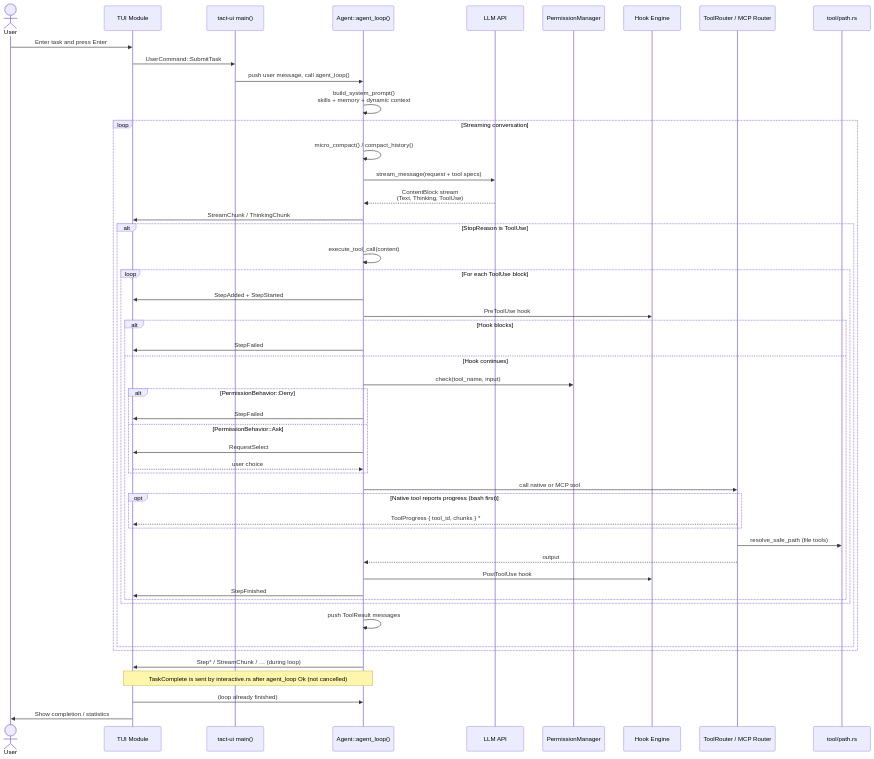
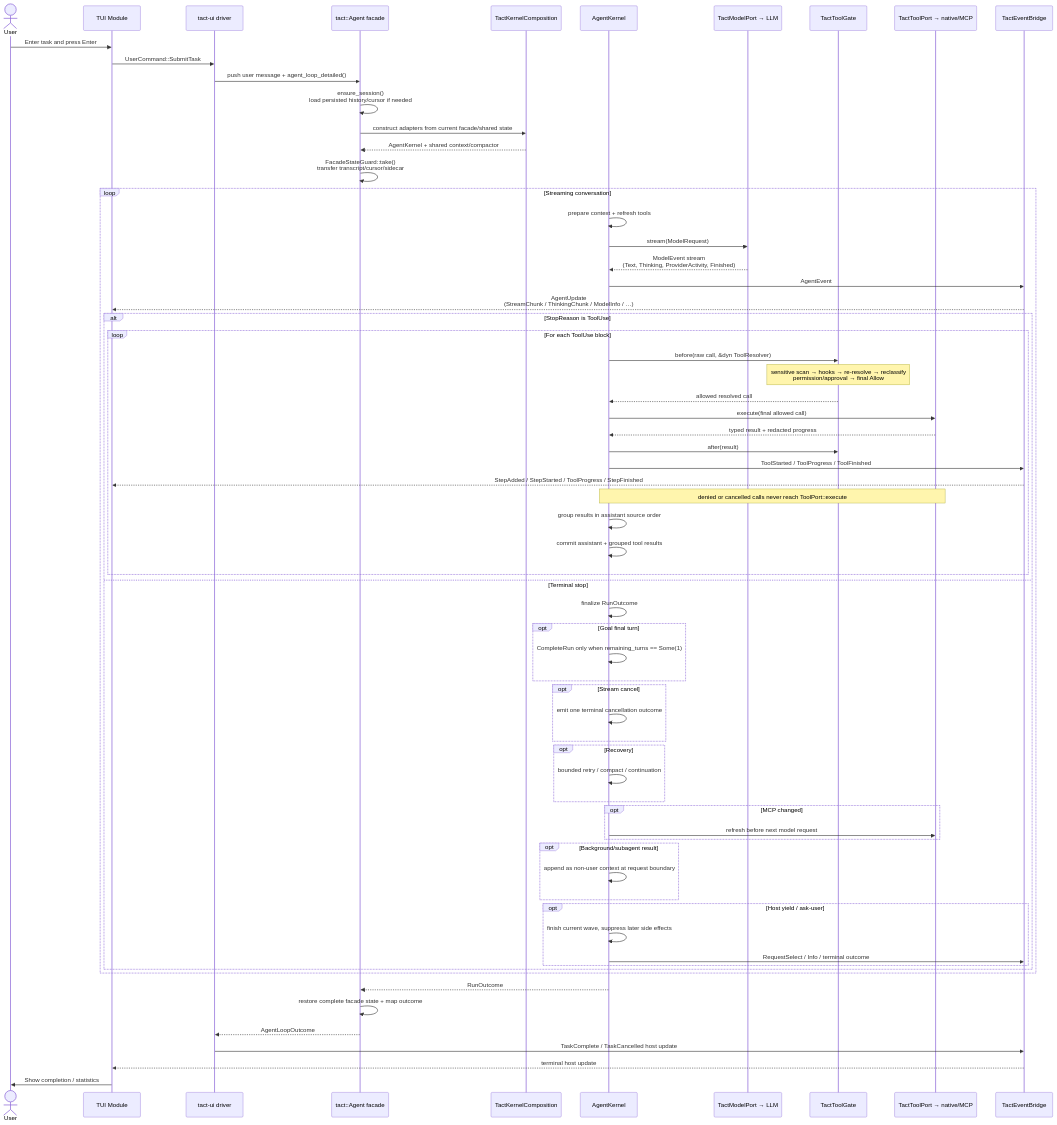
One commit to rust-infra/tact changed the third of 10 diagrams in ARCHITECTURE.md. Above: the diagram before and after it, drawn with Mermaid. The commit also changed other lines of this file and 104 other files, not shown here.

Commit message:
feat(agent): introduce a bounded agent kernel

````diff
--- a/ARCHITECTURE.md
+++ b/ARCHITECTURE.md
@@ -148,57 +203,73 @@
 ```mermaid
 sequenceDiagram
     actor U as User
     participant TUI as TUI Module
-    participant Main as tact-ui main()
-    participant Agent as Agent::agent_loop()
-    participant LLM as LLM API
-    participant Perm as PermissionManager
-    participant Hook as Hook Engine
-    participant TR as ToolRouter / MCP Router
-    participant PATH as tool/path.rs
+    participant Driver as tact-ui driver
+    participant Facade as tact::Agent facade
+    participant Compose as TactKernelComposition
+    participant Kernel as AgentKernel
+    participant Model as TactModelPort → LLM
+    participant Gate as TactToolGate
+    participant Tools as TactToolPort → native/MCP
+    participant Bridge as TactEventBridge
 
     U ->> TUI: Enter task and press Enter
-    TUI ->> Main: UserCommand::SubmitTask
-    Main ->> Agent: push user message, call agent_loop()
-    Agent ->> Agent: build_system_prompt()<br/>skills + memory + dynamic context
+    TUI ->> Driver: UserCommand::SubmitTask
+    Driver ->> Facade: push user message + agent_loop_detailed()
+    Facade ->> Facade: ensure_session()<br/>load persisted history/cursor if needed
+    Facade ->> Compose: construct adapters from current facade/shared state
+    Compose -->> Facade: AgentKernel + shared context/compactor
+    Facade ->> Facade: FacadeStateGuard::take()<br/>transfer transcript/cursor/sidecar
 
     loop Streaming conversation
-        Agent ->> Agent: micro_compact() / compact_history()
-        Agent ->> LLM: stream_message(request + tool specs)
-        LLM -->> Agent: ContentBlock stream<br/>(Text, Thinking, ToolUse)
-        Agent ->> TUI: StreamChunk / ThinkingChunk
+        Kernel ->> Kernel: prepare context + refresh tools
+        Kernel ->> Model: stream(ModelRequest)
+        Model -->> Kernel: ModelEvent stream<br/>(Text, Thinking, ProviderActivity, Finished)
+        Kernel ->> Bridge: AgentEvent
+        Bridge -->> TUI: AgentUpdate<br/>(StreamChunk / ThinkingChunk / ModelInfo / …)
 
         alt StopReason is ToolUse
-            Agent ->> Agent: execute_tool_call(content)
             loop For each ToolUse block
-                Agent ->> TUI: StepAdded + StepStarted
-                Agent ->> Hook: PreToolUse hook
-                alt Hook blocks
-                    Agent ->> TUI: StepFailed
-                else Hook continues
-                    Agent ->> Perm: check(tool_name, input)
-                    alt PermissionBehavior::Deny
-                        Agent ->> TUI: StepFailed
-                    else PermissionBehavior::Ask
-                        Agent ->> TUI: RequestSelect
-                        TUI -->> Agent: user choice
-                    end
-                    Agent ->> TR: call native or MCP tool
-                    opt Native tool reports progress (bash first)
-                        TR -->> TUI: ToolProgress { tool_id, chunks } *
-                    end
-                    TR ->> PATH: resolve_safe_path (file tools)
-                    TR -->> Agent: output
-                    Agent ->> Hook: PostToolUse hook
-                    Agent ->> TUI: StepFinished
-                end
+                Kernel ->> Gate: before(raw call, &dyn ToolResolver)
+                Note over Gate: sensitive scan → hooks → re-resolve → reclassify<br/>permission/approval → final Allow
+                Gate -->> Kernel: allowed resolved call
+                Kernel ->> Tools: execute(final allowed call)
+                Tools -->> Kernel: typed result + redacted progress
+                Kernel ->> Gate: after(result)
+                Kernel ->> Bridge: ToolStarted / ToolProgress / ToolFinished
+                Bridge -->> TUI: StepAdded / StepStarted / ToolProgress / StepFinished
+                Note over Kernel,Tools: denied or cancelled calls never reach ToolPort::execute
+                Kernel ->> Kernel: group results in assistant source order
+                Kernel ->> Kernel: commit assistant + grouped tool results
             end
-            Agent ->> Agent: push ToolResult messages
+        else Terminal stop
+            Kernel ->> Kernel: finalize RunOutcome
+            opt Goal final turn
+                Kernel ->> Kernel: CompleteRun only when remaining_turns == Some(1)
+            end
+            opt Stream cancel
+                Kernel ->> Kernel: emit one terminal cancellation outcome
+            end
+            opt Recovery
+                Kernel ->> Kernel: bounded retry / compact / continuation
+            end
+            opt MCP changed
+                Kernel ->> Tools: refresh before next model request
+            end
+            opt Background/subagent result
+                Kernel ->> Kernel: append as non-user context at request boundary
+            end
+            opt Host yield / ask-user
+                Kernel ->> Kernel: finish current wave, suppress later side effects
+                Kernel ->> Bridge: RequestSelect / Info / terminal outcome
+            end
         end
     end
 
-    Agent ->> TUI: Step* / StreamChunk / … (during loop)
-    Note over Agent,TUI: TaskComplete is sent by interactive.rs after agent_loop Ok (not cancelled)
-    TUI ->> Agent: (loop already finished)
+    Kernel -->> Facade: RunOutcome
+    Facade ->> Facade: restore complete facade state + map outcome
+    Facade -->> Driver: AgentLoopOutcome
+    Driver ->> Bridge: TaskComplete / TaskCancelled host update
+    Bridge -->> TUI: terminal host update
     TUI ->> U: Show completion / statistics
 ```
````
